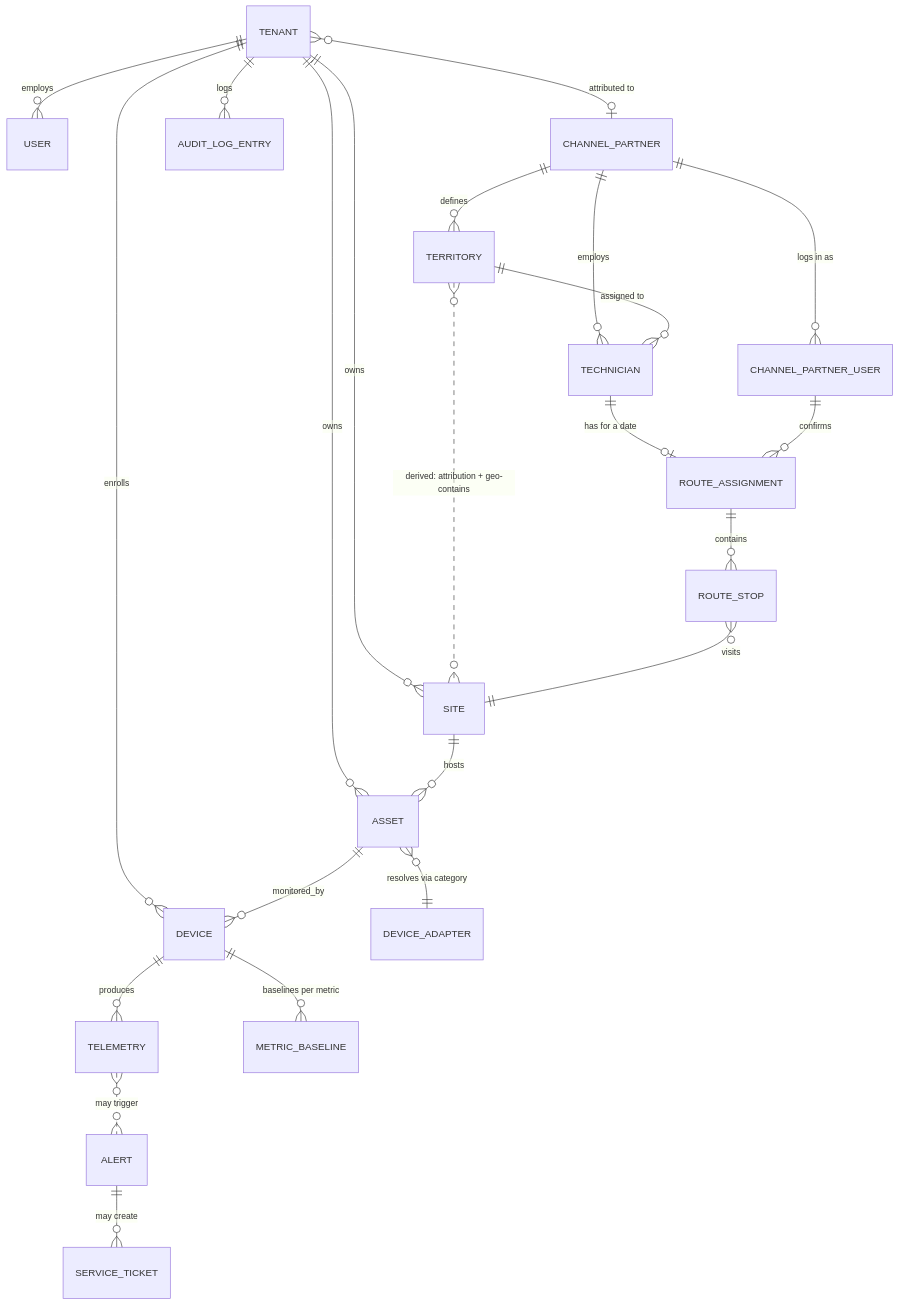
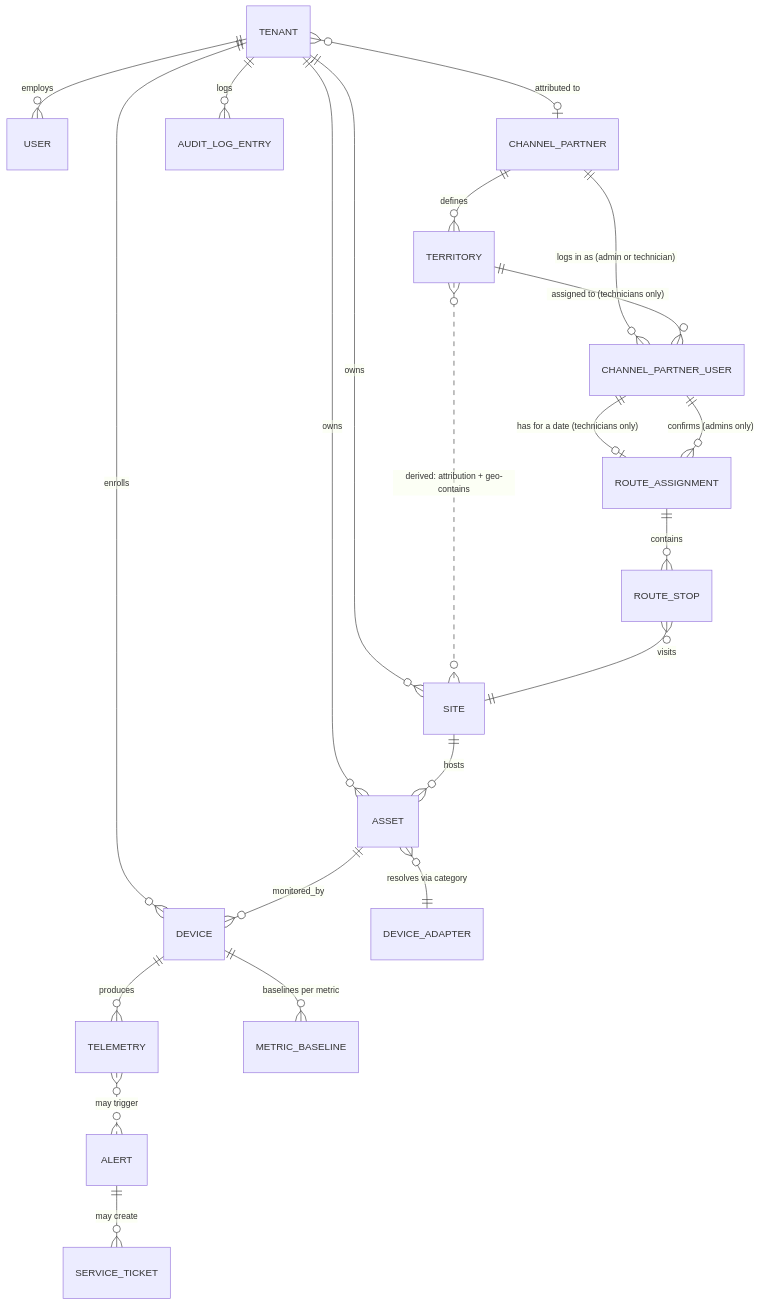
One commit to PeakLogicSystems/PeakLogic-Azure-V2 changed the diagram in docs/architecture/domain-model.md. Above: the diagram before and after it, drawn with Mermaid. The commit also changed other lines of this file, not shown here.

Commit message:
docs: revise Domain Model v1.1 draft - technicians get scoped logins per user decision

````diff
--- a/docs/architecture/domain-model.md
+++ b/docs/architecture/domain-model.md
@@ -203,25 +201,24 @@
 ```mermaid
 erDiagram
     TENANT ||--o{ SITE : owns
     TENANT ||--o{ USER : employs
     TENANT ||--o{ ASSET : owns
     TENANT ||--o{ DEVICE : enrolls
     TENANT }o--o| CHANNEL_PARTNER : "attributed to"
     SITE ||--o{ ASSET : hosts
     ASSET ||--o{ DEVICE : monitored_by
     ASSET }o--|| DEVICE_ADAPTER : "resolves via category"
     DEVICE ||--o{ TELEMETRY : produces
     DEVICE ||--o{ METRIC_BASELINE : "baselines per metric"
     TELEMETRY }o..o{ ALERT : "may trigger"
     ALERT ||--o{ SERVICE_TICKET : "may create"
     TENANT ||--o{ AUDIT_LOG_ENTRY : logs
-    CHANNEL_PARTNER ||--o{ CHANNEL_PARTNER_USER : "logs in as"
+    CHANNEL_PARTNER ||--o{ CHANNEL_PARTNER_USER : "logs in as (admin or technician)"
     CHANNEL_PARTNER ||--o{ TERRITORY : defines
-    CHANNEL_PARTNER ||--o{ TECHNICIAN : employs
-    TERRITORY ||--o{ TECHNICIAN : "assigned to"
+    TERRITORY ||--o{ CHANNEL_PARTNER_USER : "assigned to (technicians only)"
     TERRITORY }o..o{ SITE : "derived: attribution + geo-contains"
-    TECHNICIAN ||--o| ROUTE_ASSIGNMENT : "has for a date"
+    CHANNEL_PARTNER_USER ||--o| ROUTE_ASSIGNMENT : "has for a date (technicians only)"
     ROUTE_ASSIGNMENT ||--o{ ROUTE_STOP : contains
     ROUTE_STOP }o--|| SITE : visits
-    CHANNEL_PARTNER_USER ||--o{ ROUTE_ASSIGNMENT : confirms
+    CHANNEL_PARTNER_USER ||--o{ ROUTE_ASSIGNMENT : "confirms (admins only)"
 ```
````
